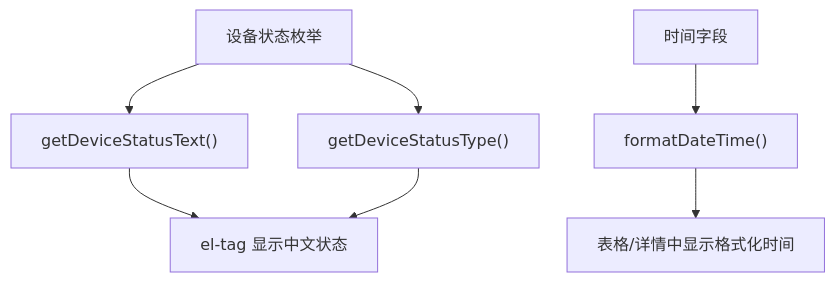
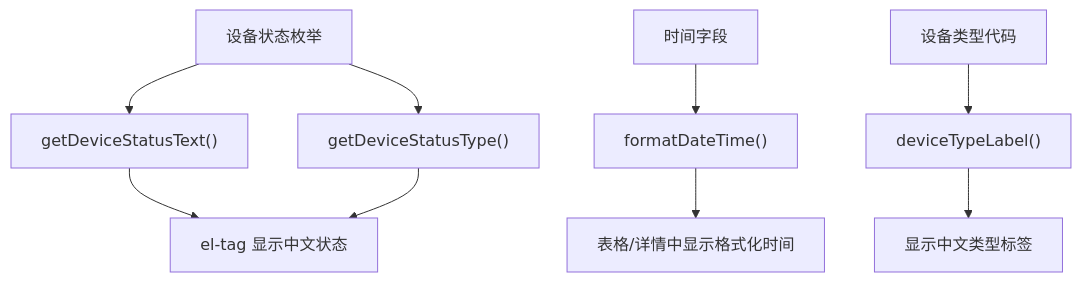
Before and after one commit to q446328246/agri-platform: the sixth of 9 diagrams in .qoder/repowiki/zh/content/前端应用文档/核心页面/设备监控页面/设备列表页面.md, drawn with Mermaid. The commit also changed other lines of this file and 39 other files, not shown here.

````diff
--- a/.qoder/repowiki/zh/content/前端应用文档/核心页面/设备监控页面/设备列表页面.md
+++ b/.qoder/repowiki/zh/content/前端应用文档/核心页面/设备监控页面/设备列表页面.md
@@ -158,9 +276,11 @@
 ```mermaid
 flowchart TD
 S["设备状态枚举"] --> T["getDeviceStatusText()"]
 S --> Y["getDeviceStatusType()"]
 T --> Tag["el-tag 显示中文状态"]
 Y --> Tag
 Time["时间字段"] --> F["formatDateTime()"]
 F --> Display["表格/详情中显示格式化时间"]
+Type["设备类型代码"] --> L["deviceTypeLabel()"]
+L --> Label["显示中文类型标签"]
 ```
````
